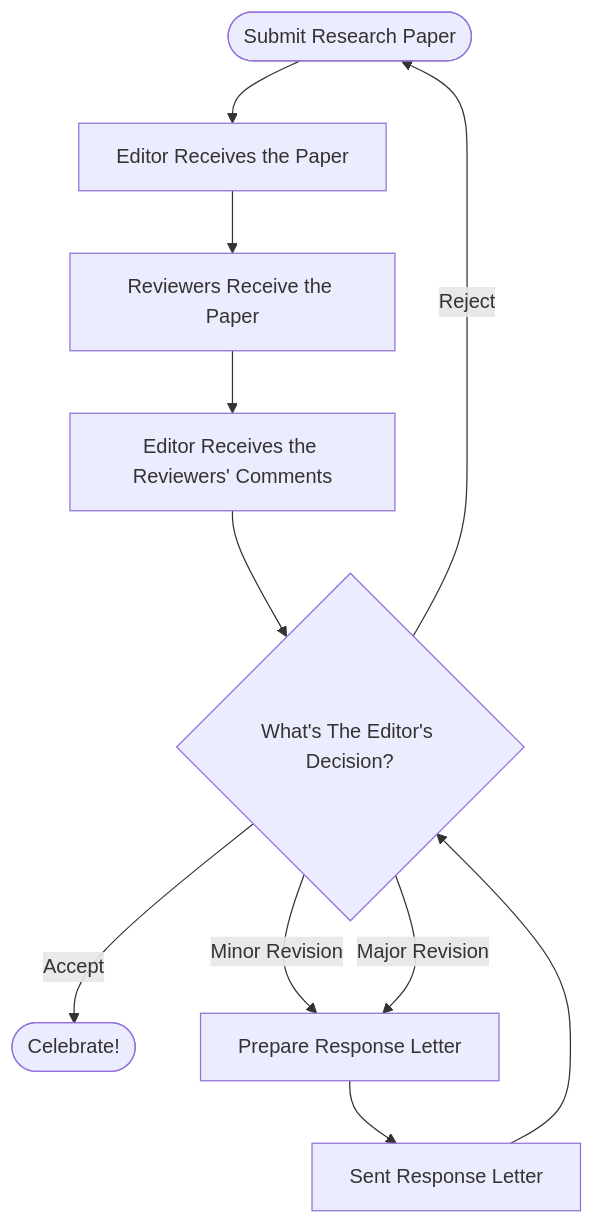
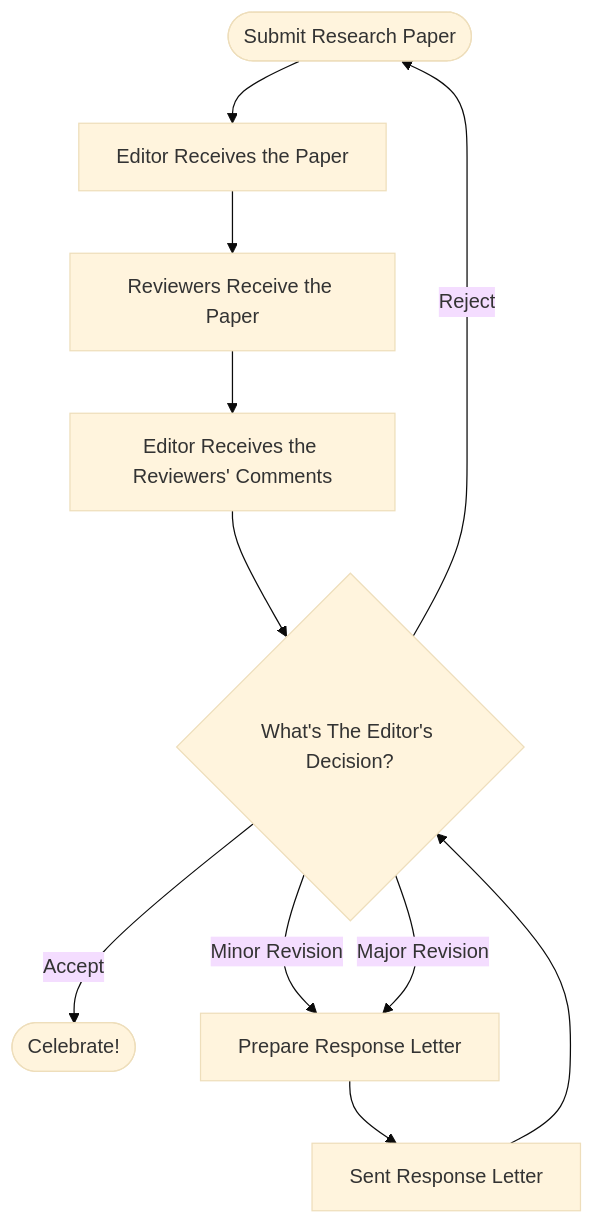
Before and after one commit to cesarsotovalero/cesarsotovalero.github.io: the diagram in _posts/2022/2022-03-13-how-to-write-a-good-revision-letter.md, drawn with Mermaid. The commit also changed 40 other files, not shown here.

Commit message:
Update mermaid

````diff
--- a/_posts/2022/2022-03-13-how-to-write-a-good-revision-letter.md
+++ b/_posts/2022/2022-03-13-how-to-write-a-good-revision-letter.md
@@ -65,13 +65,14 @@
-{% mermaid %}
+```mermaid
+%%{init: {'theme':'base'}}%%
 flowchart TB;
 a([Submit Research Paper]) --> x[Editor Receives the Paper]
 x[Editor Receives the Paper] --> y[Reviewers Receive the Paper]
 y[Reviewers Receive the Paper] --> z[Editor Receives the Reviewers' Comments]
 z[Editor Receives the Reviewers' Comments] --> b{What's The Editor's Decision?}
 b -- Accept --> c([Celebrate!])
 b -- Reject --> a([Submit Research Paper])
 b -- Minor Revision --> d[Prepare Response Letter]
 b -- Major Revision --> d[Prepare Response Letter]
 d[Prepare Response Letter] --> e[Sent Response Letter]
 e[Sent Response Letter] --> b{What's The Editor's Decision?}
-{% endmermaid %}
+```
````
